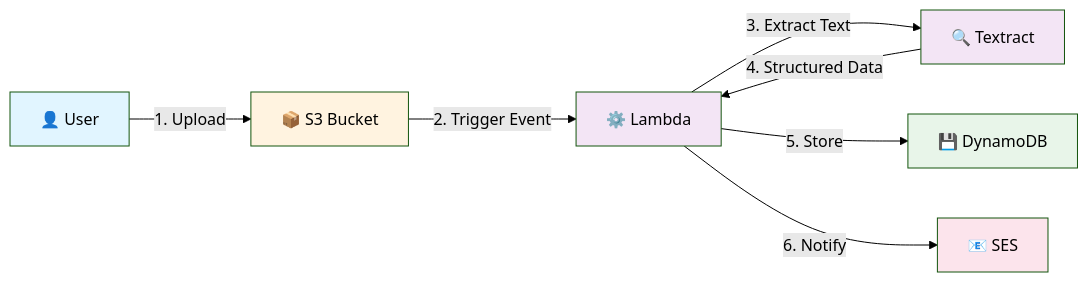
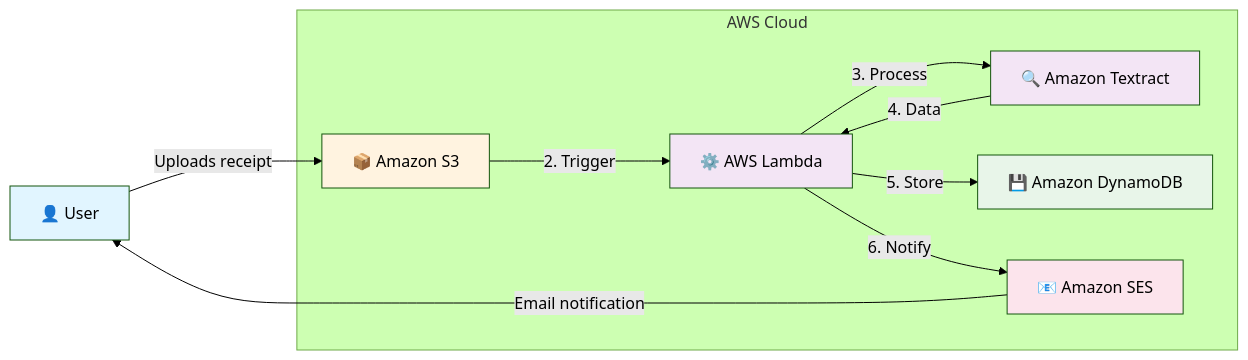
The diagram in README.md (subhamay-bhattacharyya/aws-receipt-processing-system), drawn with Mermaid (forest theme) before and after one commit. The commit also changed other lines of this file and 21 other files, not shown here.

First line of the commit message:
feat: Refactor CloudFormation template for Receipt Processing System

````diff
--- a/README.md
+++ b/README.md
@@ -28,16 +28,27 @@
 ``` mermaid
-graph LR
-    User["👤 User"] -->|1. Upload| S3["📦 S3 Bucket"]
-    S3 -->|2. Trigger Event| Lambda["⚙️ Lambda"]
-    Lambda -->|3. Extract Text| Textract["🔍 Textract"]
-    Textract -->|4. Structured Data| Lambda
-    Lambda -->|5. Store| DynamoDB["💾 DynamoDB"]
-    Lambda -->|6. Notify| SES["📧 SES"]
-    
+flowchart LR
+    User["👤 User"] -->|Uploads receipt| S3
+
+    subgraph AWS["AWS Cloud"]
+        S3["📦 Amazon S3"]
+        Lambda["⚙️ AWS Lambda"]
+        Textract["🔍 Amazon Textract"]
+        DynamoDB["💾 Amazon DynamoDB"]
+        SES["📧 Amazon SES"]
+
+        S3 -->|"2. Trigger"| Lambda
+        Lambda -->|"3. Process"| Textract
+        Textract -->|"4. Data"| Lambda
+        Lambda -->|"5. Store"| DynamoDB
+        Lambda -->|"6. Notify"| SES
+    end
+
+    SES -->|Email notification| User
+
     style User fill:#e1f5ff
     style S3 fill:#fff3e0
     style Lambda fill:#f3e5f5
     style Textract fill:#f3e5f5
     style DynamoDB fill:#e8f5e9
     style SES fill:#fce4ec
 ```
````
